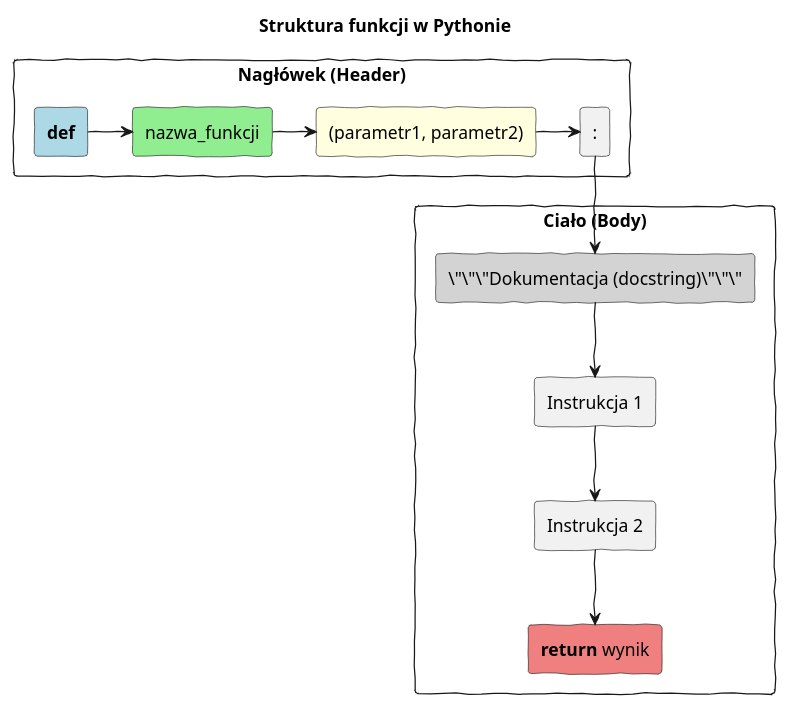
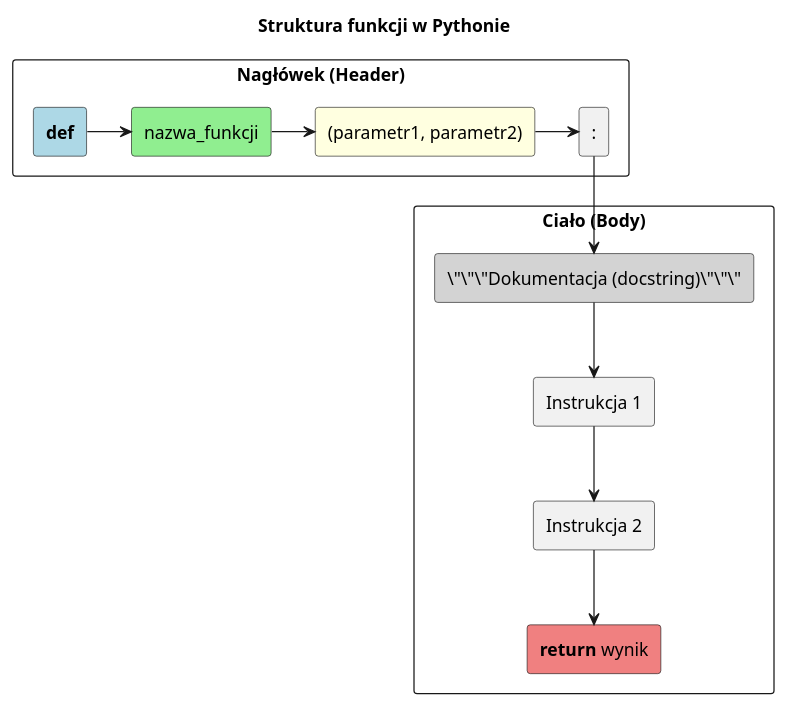
One commit to tborzyszkowski/python-programming changed the diagram in src/_02-functions/01-definition/diagrams/function_structure.puml. Above: the diagram before and after it, drawn with PlantUML. The commit also changed 7 other files, not shown here.

Commit message:
02-functions diagrams skin param

```diff
--- a/src/_02-functions/01-definition/diagrams/function_structure.puml
+++ b/src/_02-functions/01-definition/diagrams/function_structure.puml
@@ -1,29 +1,29 @@
 @startuml
-skinparam handwritten true
+'skinparam handwritten true
 skinparam backgroundColor white
 
 title Struktura funkcji w Pythonie
 
 rectangle "Nagłówek (Header)" as H {
     rectangle "**def**" as Keyword #LightBlue
     rectangle "nazwa_funkcji" as Name #LightGreen
     rectangle "(parametr1, parametr2)" as Params #LightYellow
     rectangle ":" as Colon
 }
 
 rectangle "Ciało (Body)" as B {
     rectangle "\"\"\"Dokumentacja (docstring)\"\"\"" as Doc #LightGray
     rectangle "Instrukcja 1" as Code1
     rectangle "Instrukcja 2" as Code2
     rectangle "**return** wynik" as Return #LightCoral
 }
 
 Keyword -> Name
 Name -> Params
 Params -> Colon
 Colon --> Doc
 Doc --> Code1
 Code1 --> Code2
 Code2 --> Return
 
 @enduml
```
